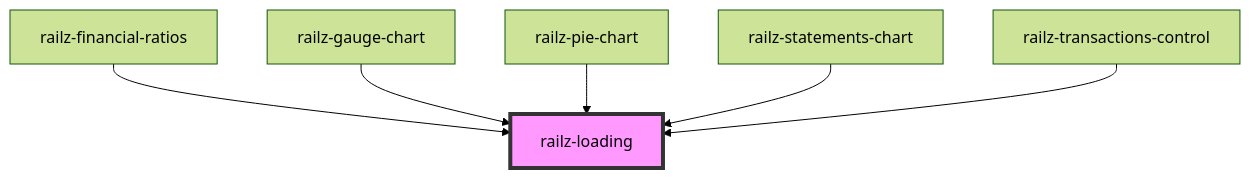
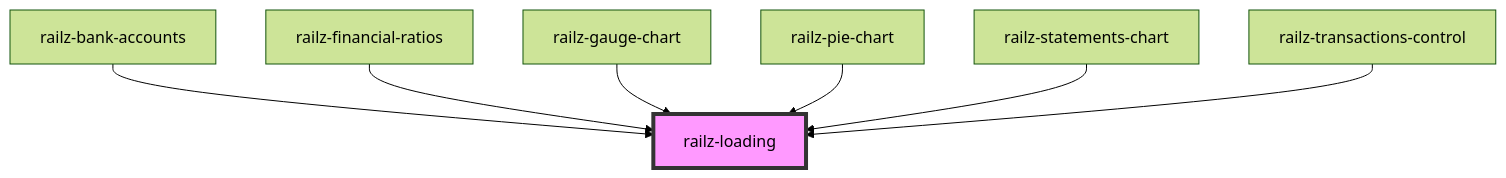
One commit to railz-ai/railz-visualizations changed the diagram in packages/components/src/elements/loading/readme.md. Above: the diagram before and after it, drawn with Mermaid (forest theme). The commit also changed other lines of this file and 15 other files, not shown here.

Commit message:
chore: continue on Bank Accounts

````diff
--- a/packages/components/src/elements/loading/readme.md
+++ b/packages/components/src/elements/loading/readme.md
@@ -27,9 +28,10 @@
 ```mermaid
 graph TD;
+  railz-bank-accounts --> railz-loading
   railz-financial-ratios --> railz-loading
   railz-gauge-chart --> railz-loading
   railz-pie-chart --> railz-loading
   railz-statements-chart --> railz-loading
   railz-transactions-control --> railz-loading
   style railz-loading fill:#f9f,stroke:#333,stroke-width:4px
 ```
````
